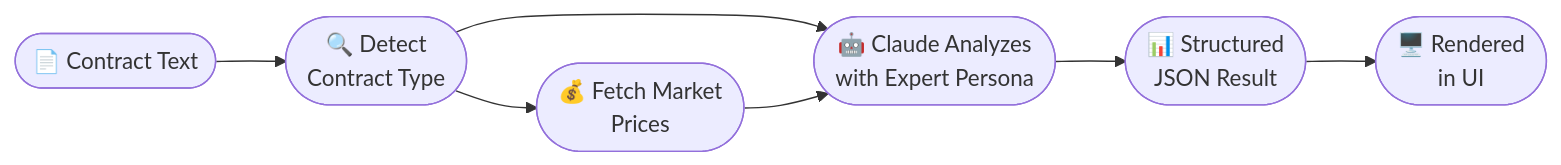
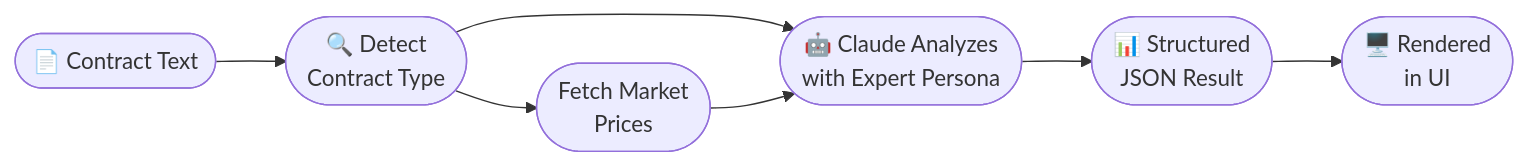
The diagram in docs/features/contract-audit.md (ContracGuardAI/frontend), drawn with Mermaid before and after one commit. The commit also changed 6 other files, not shown here.

````diff
--- a/docs/features/contract-audit.md
+++ b/docs/features/contract-audit.md
@@ -30,9 +30,9 @@
 ```mermaid
 flowchart LR
     A([📄 Contract Text]) --> B([🔍 Detect\nContract Type])
-    B --> C([💰 Fetch Market\nPrices])
+    B --> C([Fetch Market\nPrices])
     B --> D([🤖 Claude Analyzes\nwith Expert Persona])
     C --> D
     D --> E([📊 Structured\nJSON Result])
     E --> F([🖥️ Rendered\nin UI])
 ```
````
